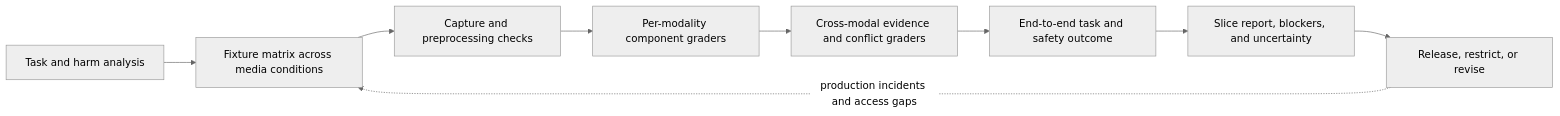
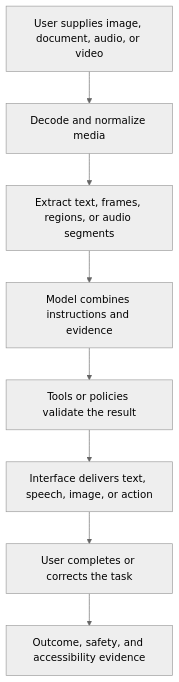
One commit to senlinyy/dev-roadmaps changed the first of 12 diagrams in roadmaps/mlops/modules/llmops/multimodal-and-realtime/03-multimodal-evaluation-and-safety.md. Above: the diagram before and after it, drawn with Mermaid (neutral theme). The commit also changed other lines of this file and 198 other files, not shown here.

````diff
--- a/roadmaps/mlops/modules/llmops/multimodal-and-realtime/03-multimodal-evaluation-and-safety.md
+++ b/roadmaps/mlops/modules/llmops/multimodal-and-realtime/03-multimodal-evaluation-and-safety.md
@@ -20,11 +43,10 @@
 ```mermaid
-flowchart LR
-    A[Task and harm analysis] --> B[Fixture matrix across media conditions]
-    B --> C[Capture and preprocessing checks]
-    C --> D[Per-modality component graders]
-    D --> E[Cross-modal evidence and conflict graders]
-    E --> F[End-to-end task and safety outcome]
-    F --> G[Slice report, blockers, and uncertainty]
-    G --> H[Release, restrict, or revise]
-    H -. production incidents and access gaps .-> B
+flowchart TD
+    A["User supplies image, document, audio, or video"] --> B["Decode and normalize media"]
+    B --> C["Extract text, frames, regions, or audio segments"]
+    C --> D["Model combines instructions and evidence"]
+    D --> E["Tools or policies validate the result"]
+    E --> F["Interface delivers text, speech, image, or action"]
+    F --> G["User completes or corrects the task"]
+    G --> H["Outcome, safety, and accessibility evidence"]
 ```
````
